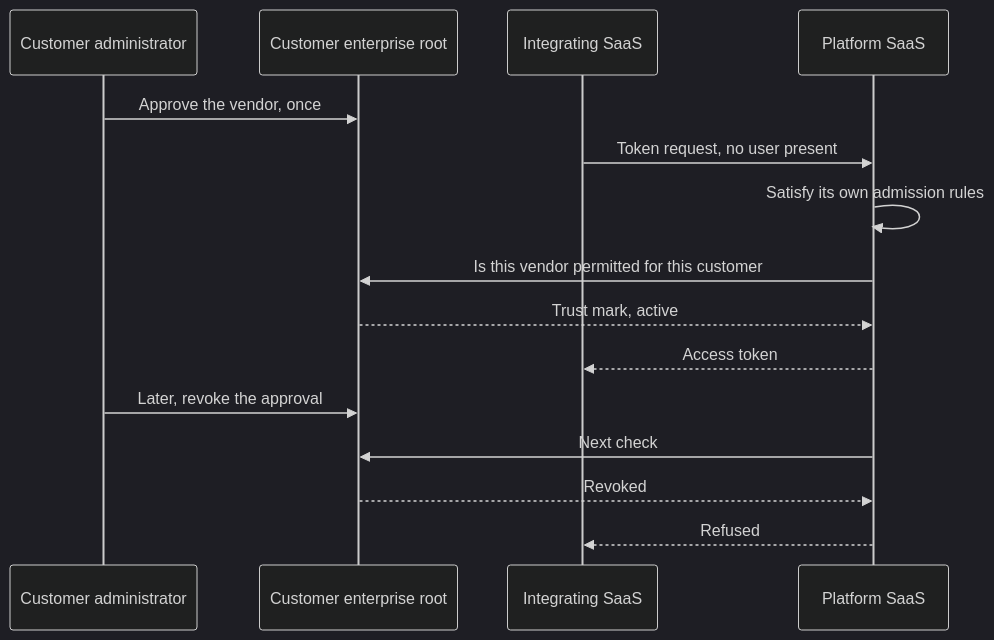
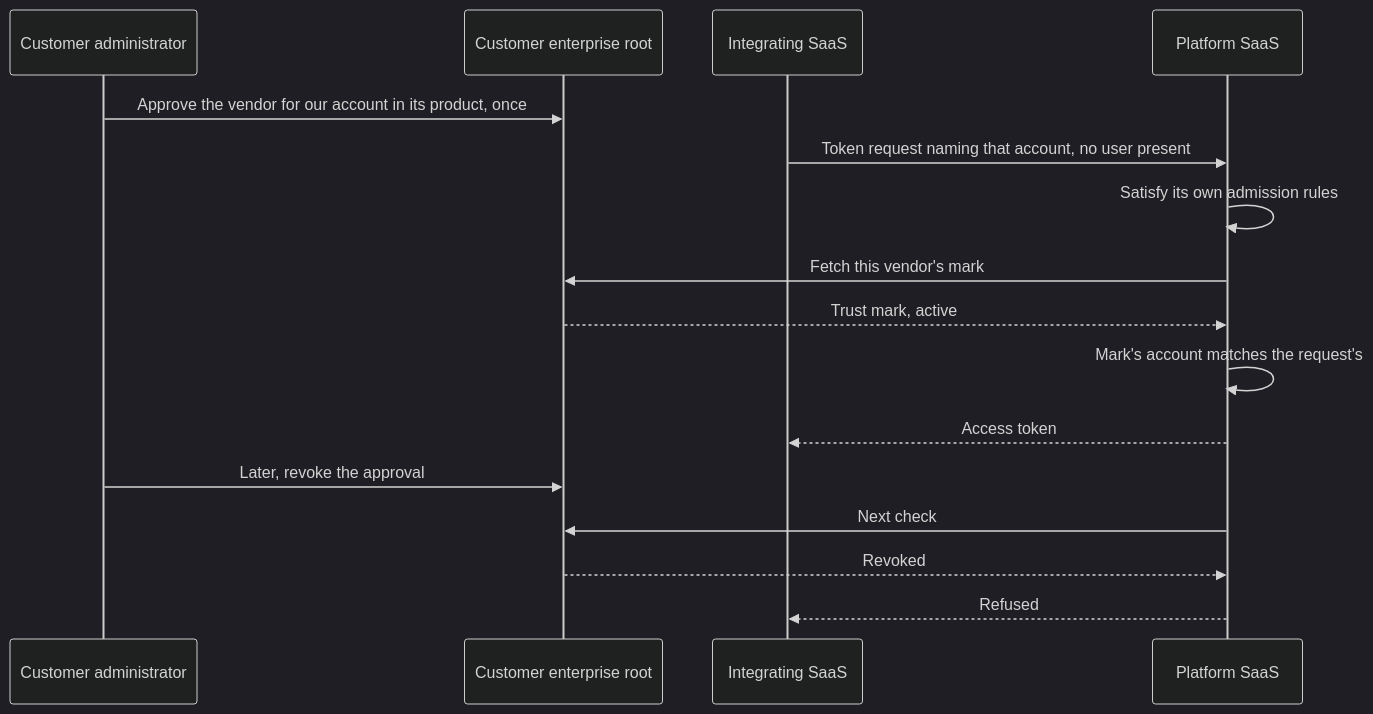
Before and after one commit to mcguinness/draft-mcguinness-oauth-software-statement-issuance: the diagram in saas-integration-sketch.md, drawn with Mermaid (dark theme). The commit also changed other lines of this file, not shown here.

First line of the commit message:
Name the vendor's account in the customer's approval

````diff
--- a/saas-integration-sketch.md
+++ b/saas-integration-sketch.md
@@ -75,17 +83,18 @@
 ```mermaid
 sequenceDiagram
     participant Admin as Customer administrator
     participant Root as Customer enterprise root
     participant A as Integrating SaaS
     participant B as Platform SaaS
-    Admin->>Root: Approve the vendor, once
-    A->>B: Token request, no user present
+    Admin->>Root: Approve the vendor for our account in its product, once
+    A->>B: Token request naming that account, no user present
     B->>B: Satisfy its own admission rules
-    B->>Root: Is this vendor permitted for this customer
+    B->>Root: Fetch this vendor's mark
     Root-->>B: Trust mark, active
+    B->>B: Mark's account matches the request's
     B-->>A: Access token
     Admin->>Root: Later, revoke the approval
     B->>Root: Next check
     Root-->>B: Revoked
     B-->>A: Refused
 ```
````
